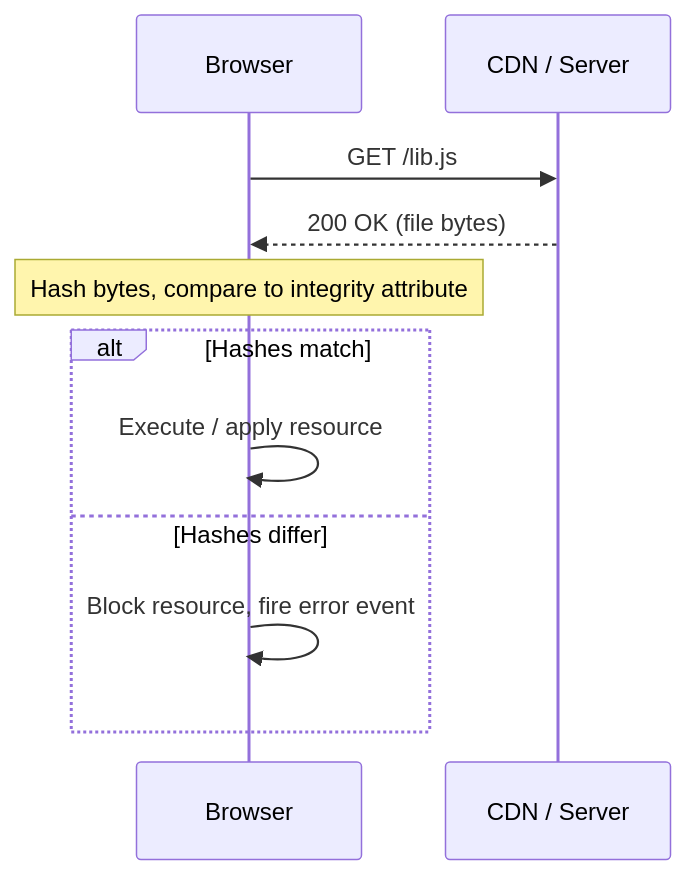
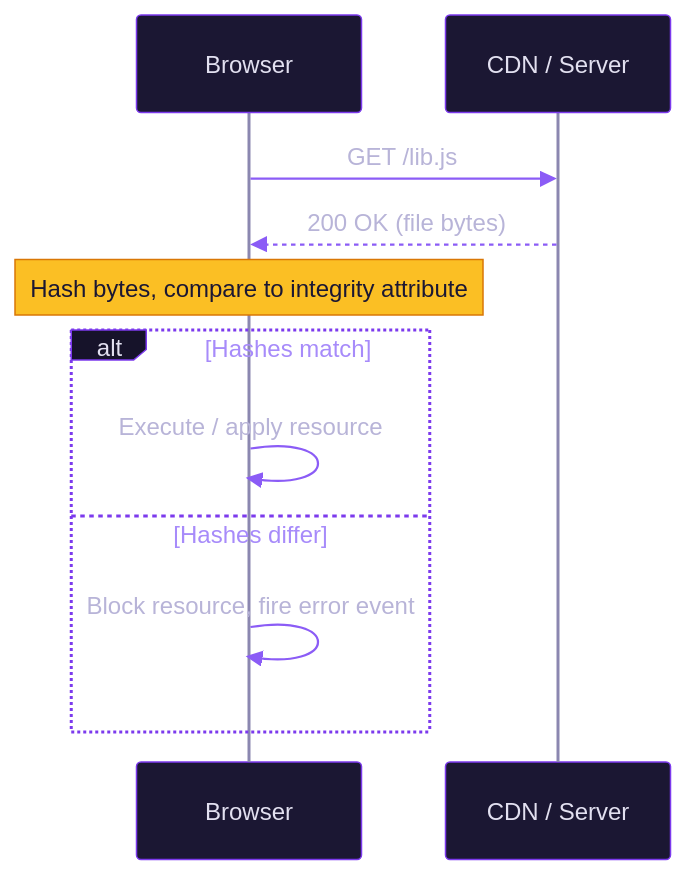
One commit to rbonestell/vite-plugin-sri-gen changed the diagram in docs/learn/what-is-sri.md. Above: the diagram before and after it, drawn with Mermaid. The commit also changed other lines of this file and 20 other files, not shown here.

````diff
--- a/docs/learn/what-is-sri.md
+++ b/docs/learn/what-is-sri.md
@@ -33,14 +37,15 @@
 ```mermaid
+%%{init: {"theme":"base","themeVariables":{"fontFamily":"Inter, ui-sans-serif, system-ui, sans-serif","primaryColor":"#1b1733","primaryTextColor":"#e2e0f0","primaryBorderColor":"#7c3aed","lineColor":"#8b5cf6","textColor":"#b8b4d8","actorLineColor":"#8b87b0","signalColor":"#8b5cf6","signalTextColor":"#b8b4d8","noteBkgColor":"#fbbf24","noteTextColor":"#1b1733","noteBorderColor":"#d97706","labelBoxBkgColor":"#16132a","labelBoxBorderColor":"#7c3aed","labelTextColor":"#e2e0f0","loopTextColor":"#a78bfa"}}}%%
 sequenceDiagram
     participant B as Browser
     participant C as CDN / Server
 
     B->>C: GET /lib.js
     C-->>B: 200 OK (file bytes)
     Note over B: Hash bytes, compare to integrity attribute
     alt Hashes match
         B->>B: Execute / apply resource
     else Hashes differ
         B->>B: Block resource, fire error event
     end
 ```
````
